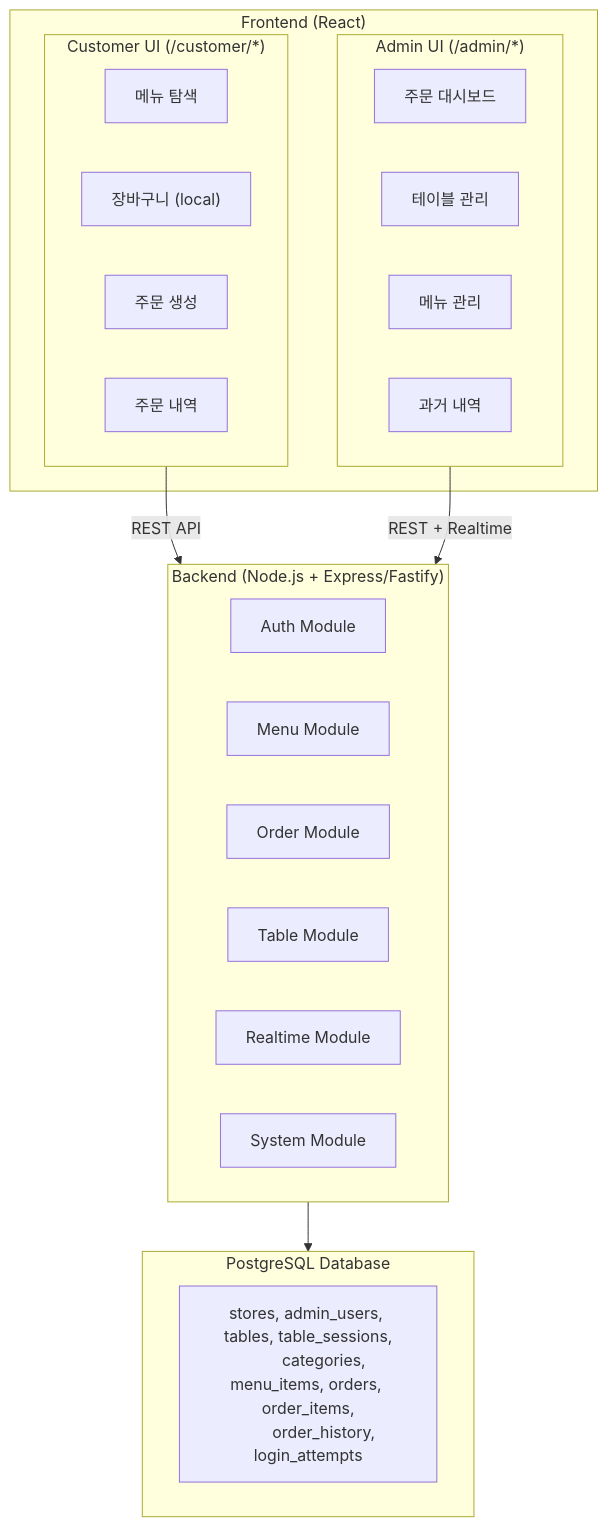
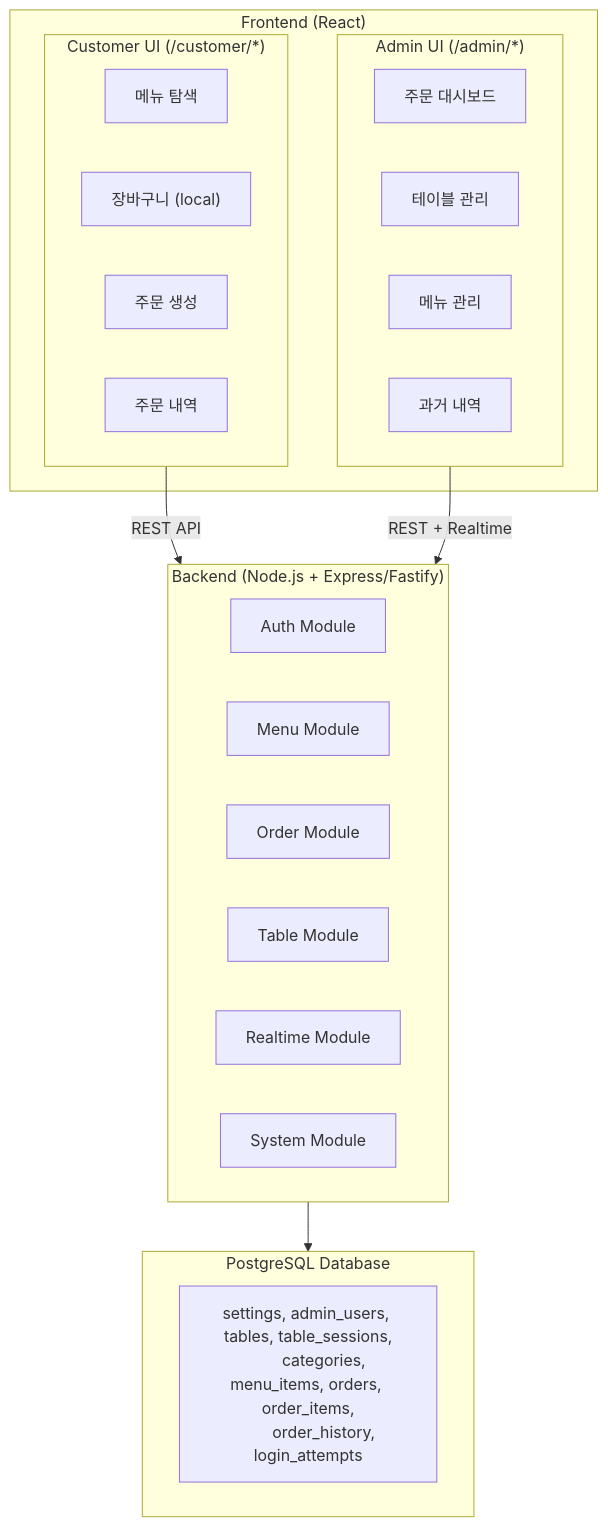
Before and after one commit to createmain/aidlc: the diagram in aidlc-docs/inception/application-design/application-design.md, drawn with Mermaid. The commit also changed other lines of this file and 13 other files, not shown here.

````diff
--- a/aidlc-docs/inception/application-design/application-design.md
+++ b/aidlc-docs/inception/application-design/application-design.md
@@ -7,36 +7,36 @@
 ```mermaid
 graph TB
     subgraph Frontend["Frontend (React)"]
         subgraph CustomerUI["Customer UI (/customer/*)"]
             C1["메뉴 탐색"]
             C2["장바구니 (local)"]
             C3["주문 생성"]
             C4["주문 내역"]
         end
         subgraph AdminUI["Admin UI (/admin/*)"]
             A1["주문 대시보드"]
             A2["테이블 관리"]
             A3["메뉴 관리"]
             A4["과거 내역"]
         end
     end
 
     subgraph Backend["Backend (Node.js + Express/Fastify)"]
         AuthMod["Auth Module"]
         MenuMod["Menu Module"]
         OrderMod["Order Module"]
         TableMod["Table Module"]
         RealtimeMod["Realtime Module"]
         SystemMod["System Module"]
     end
 
     subgraph DB["PostgreSQL Database"]
-        Tables["stores, admin_users, tables, table_sessions,
+        Tables["settings, admin_users, tables, table_sessions,
         categories, menu_items, orders, order_items,
         order_history, login_attempts"]
     end
 
     CustomerUI -- "REST API" --> Backend
     AdminUI -- "REST + Realtime" --> Backend
     Backend --> DB
 ```
````
